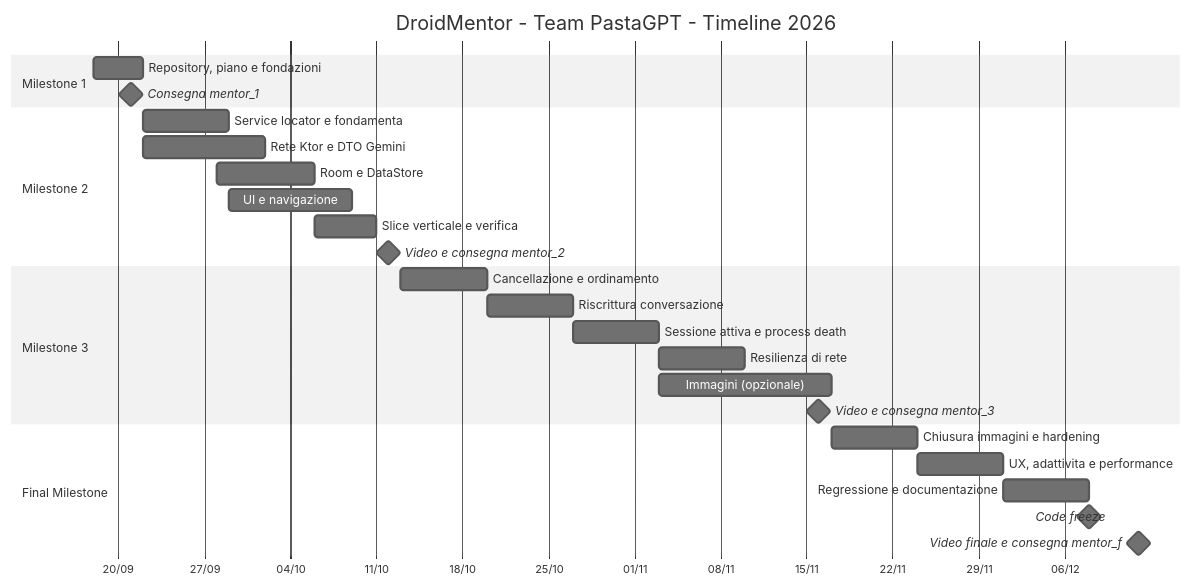
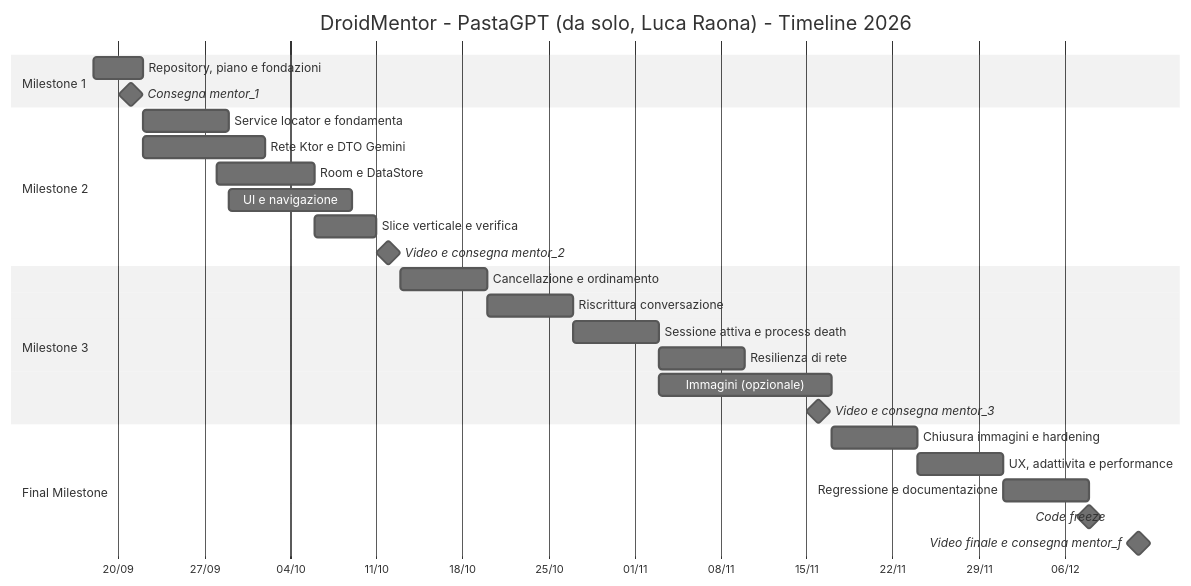
One commit to Stocca05/PastaGpt changed the diagram in PROJECT_PLAN.md. Above: the diagram before and after it, drawn with Mermaid (neutral theme). The commit also changed other lines of this file, not shown here.

````diff
--- a/PROJECT_PLAN.md
+++ b/PROJECT_PLAN.md
@@ -277,33 +264,33 @@
 ```mermaid
 gantt
-    title DroidMentor - Team PastaGPT - Timeline 2026
+    title DroidMentor - PastaGPT (da solo, Luca Raona) - Timeline 2026
     dateFormat YYYY-MM-DD
     axisFormat %d/%m
 
     section Milestone 1
     Repository, piano e fondazioni      :m1, 2026-09-18, 4d
     Consegna mentor_1                   :milestone, 2026-09-21, 0d
 
     section Milestone 2
     Service locator e fondamenta        :m2a, 2026-09-22, 7d
     Rete Ktor e DTO Gemini              :m2b, 2026-09-22, 10d
     Room e DataStore                    :m2c, 2026-09-28, 8d
     UI e navigazione                    :m2d, 2026-09-29, 10d
     Slice verticale e verifica          :m2e, 2026-10-06, 5d
     Video e consegna mentor_2           :milestone, 2026-10-12, 0d
 
     section Milestone 3
     Cancellazione e ordinamento         :m3a, 2026-10-13, 7d
     Riscrittura conversazione           :m3b, 2026-10-20, 7d
     Sessione attiva e process death     :m3c, 2026-10-27, 7d
     Resilienza di rete                  :m3d, 2026-11-03, 7d
     Immagini (opzionale)                :m3e, 2026-11-03, 14d
     Video e consegna mentor_3           :milestone, 2026-11-16, 0d
 
     section Final Milestone
     Chiusura immagini e hardening       :mfa, 2026-11-17, 7d
     UX, adattivita e performance        :mfb, 2026-11-24, 7d
     Regressione e documentazione        :mfc, 2026-12-01, 7d
     Code freeze                         :milestone, 2026-12-08, 0d
     Video finale e consegna mentor_f    :milestone, 2026-12-12, 0d
 ```
````
